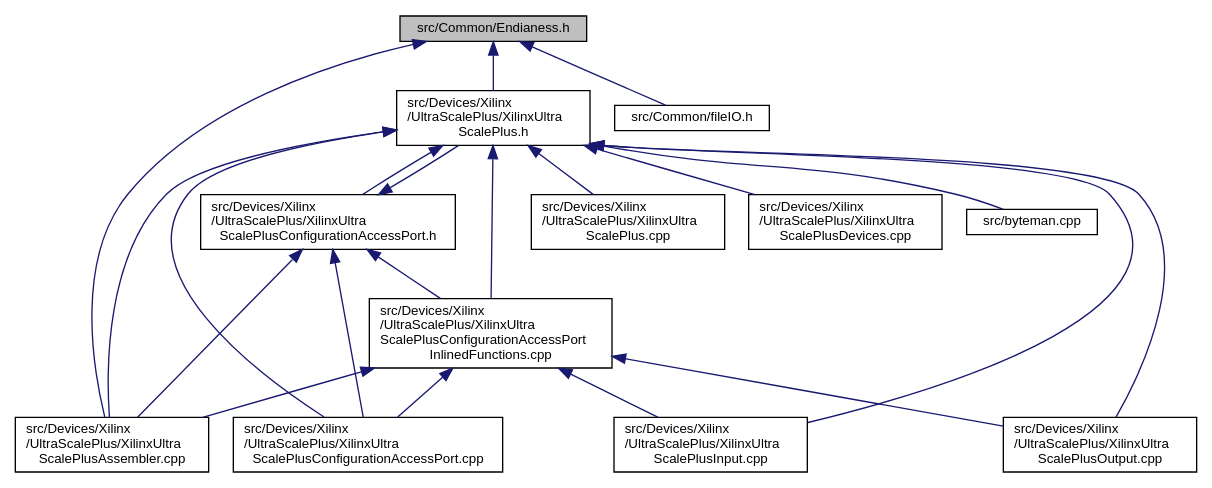
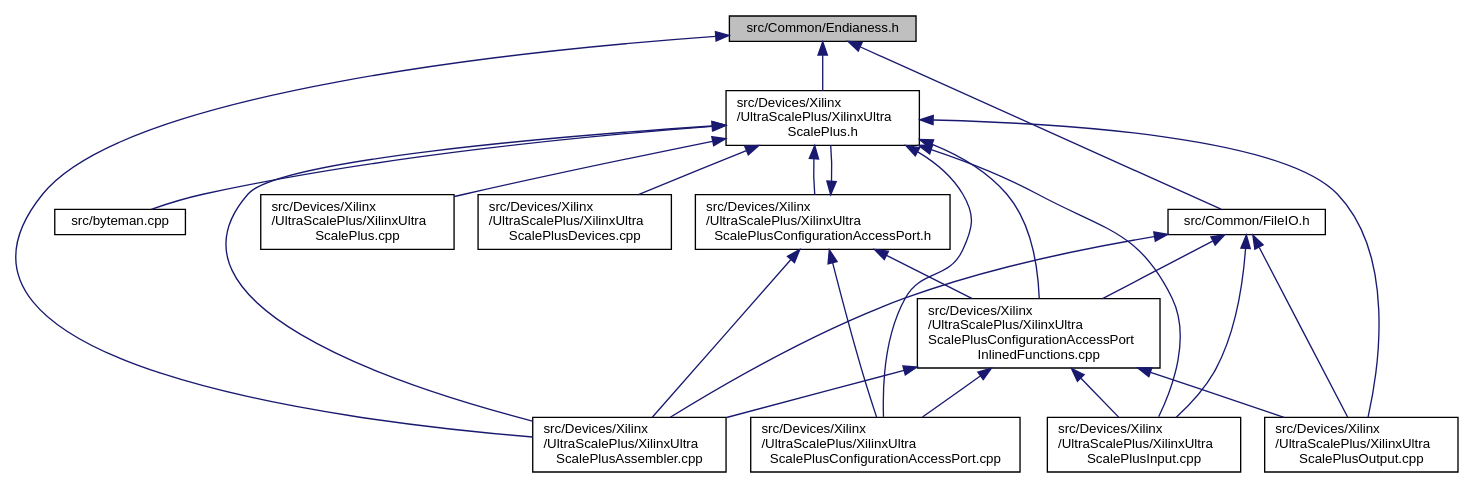
Before and after one commit to FPGA-Research-Manchester/byteman: the diagram in Endianess_8h__dep__incl.dot, drawn with Graphviz. The commit also changed 153 other files, not shown here.

```diff
--- a/Endianess_8h__dep__incl.dot
+++ b/Endianess_8h__dep__incl.dot
@@ -1,39 +1,43 @@
 digraph "src/Common/Endianess.h"
 {
  // INTERACTIVE_SVG=YES
  // LATEX_PDF_SIZE
   edge [fontname="Helvetica",fontsize="10",labelfontname="Helvetica",labelfontsize="10"];
   node [fontname="Helvetica",fontsize="10",shape=record];
   Node1 [label="src/Common/Endianess.h",height=0.2,width=0.4,color="black", fillcolor="grey75", style="filled", fontcolor="black",tooltip=" "];
   Node1 -> Node2 [dir="back",color="midnightblue",fontsize="10",style="solid",fontname="Helvetica"];
   Node2 [label="src/Devices/Xilinx\l/UltraScalePlus/XilinxUltra\lScalePlus.h",height=0.2,width=0.4,color="black", fillcolor="white", style="filled",URL="$XilinxUltraScalePlus_8h.html",tooltip=" "];
   Node2 -> Node3 [dir="back",color="midnightblue",fontsize="10",style="solid",fontname="Helvetica"];
   Node3 [label="src/byteman.cpp",height=0.2,width=0.4,color="black", fillcolor="white", style="filled",URL="$byteman_8cpp.html",tooltip=" "];
   Node2 -> Node4 [dir="back",color="midnightblue",fontsize="10",style="solid",fontname="Helvetica"];
   Node4 [label="src/Devices/Xilinx\l/UltraScalePlus/XilinxUltra\lScalePlusConfigurationAccessPort.h",height=0.2,width=0.4,color="black", fillcolor="white", style="filled",URL="$XilinxUltraScalePlusConfigurationAccessPort_8h.html",tooltip=" "];
   Node4 -> Node2 [dir="back",color="midnightblue",fontsize="10",style="solid",fontname="Helvetica"];
   Node4 -> Node5 [dir="back",color="midnightblue",fontsize="10",style="solid",fontname="Helvetica"];
   Node5 [label="src/Devices/Xilinx\l/UltraScalePlus/XilinxUltra\lScalePlusAssembler.cpp",height=0.2,width=0.4,color="black", fillcolor="white", style="filled",URL="$XilinxUltraScalePlusAssembler_8cpp.html",tooltip=" "];
   Node4 -> Node6 [dir="back",color="midnightblue",fontsize="10",style="solid",fontname="Helvetica"];
   Node6 [label="src/Devices/Xilinx\l/UltraScalePlus/XilinxUltra\lScalePlusConfigurationAccessPort\lInlinedFunctions.cpp",height=0.2,width=0.4,color="black", fillcolor="white", style="filled",URL="$XilinxUltraScalePlusConfigurationAccessPortInlinedFunctions_8cpp.html",tooltip=" "];
   Node6 -> Node5 [dir="back",color="midnightblue",fontsize="10",style="solid",fontname="Helvetica"];
   Node6 -> Node7 [dir="back",color="midnightblue",fontsize="10",style="solid",fontname="Helvetica"];
   Node7 [label="src/Devices/Xilinx\l/UltraScalePlus/XilinxUltra\lScalePlusConfigurationAccessPort.cpp",height=0.2,width=0.4,color="black", fillcolor="white", style="filled",URL="$XilinxUltraScalePlusConfigurationAccessPort_8cpp.html",tooltip=" "];
   Node6 -> Node8 [dir="back",color="midnightblue",fontsize="10",style="solid",fontname="Helvetica"];
   Node8 [label="src/Devices/Xilinx\l/UltraScalePlus/XilinxUltra\lScalePlusInput.cpp",height=0.2,width=0.4,color="black", fillcolor="white", style="filled",URL="$XilinxUltraScalePlusInput_8cpp.html",tooltip=" "];
   Node6 -> Node9 [dir="back",color="midnightblue",fontsize="10",style="solid",fontname="Helvetica"];
   Node9 [label="src/Devices/Xilinx\l/UltraScalePlus/XilinxUltra\lScalePlusOutput.cpp",height=0.2,width=0.4,color="black", fillcolor="white", style="filled",URL="$XilinxUltraScalePlusOutput_8cpp.html",tooltip=" "];
   Node4 -> Node7 [dir="back",color="midnightblue",fontsize="10",style="solid",fontname="Helvetica"];
   Node2 -> Node10 [dir="back",color="midnightblue",fontsize="10",style="solid",fontname="Helvetica"];
   Node10 [label="src/Devices/Xilinx\l/UltraScalePlus/XilinxUltra\lScalePlus.cpp",height=0.2,width=0.4,color="black", fillcolor="white", style="filled",URL="$XilinxUltraScalePlus_8cpp.html",tooltip=" "];
   Node2 -> Node5 [dir="back",color="midnightblue",fontsize="10",style="solid",fontname="Helvetica"];
   Node2 -> Node6 [dir="back",color="midnightblue",fontsize="10",style="solid",fontname="Helvetica"];
   Node2 -> Node7 [dir="back",color="midnightblue",fontsize="10",style="solid",fontname="Helvetica"];
   Node2 -> Node11 [dir="back",color="midnightblue",fontsize="10",style="solid",fontname="Helvetica"];
   Node11 [label="src/Devices/Xilinx\l/UltraScalePlus/XilinxUltra\lScalePlusDevices.cpp",height=0.2,width=0.4,color="black", fillcolor="white", style="filled",URL="$XilinxUltraScalePlusDevices_8cpp.html",tooltip=" "];
   Node2 -> Node8 [dir="back",color="midnightblue",fontsize="10",style="solid",fontname="Helvetica"];
   Node2 -> Node9 [dir="back",color="midnightblue",fontsize="10",style="solid",fontname="Helvetica"];
   Node1 -> Node12 [dir="back",color="midnightblue",fontsize="10",style="solid",fontname="Helvetica"];
-  Node12 [label="src/Common/fileIO.h",height=0.2,width=0.4,color="black", fillcolor="white", style="filled",URL="$fileIO_8h.html",tooltip=" "];
+  Node12 [label="src/Common/FileIO.h",height=0.2,width=0.4,color="black", fillcolor="white", style="filled",URL="$FileIO_8h.html",tooltip=" "];
+  Node12 -> Node6 [dir="back",color="midnightblue",fontsize="10",style="solid",fontname="Helvetica"];
+  Node12 -> Node5 [dir="back",color="midnightblue",fontsize="10",style="solid",fontname="Helvetica"];
+  Node12 -> Node8 [dir="back",color="midnightblue",fontsize="10",style="solid",fontname="Helvetica"];
+  Node12 -> Node9 [dir="back",color="midnightblue",fontsize="10",style="solid",fontname="Helvetica"];
   Node1 -> Node5 [dir="back",color="midnightblue",fontsize="10",style="solid",fontname="Helvetica"];
 }
```
